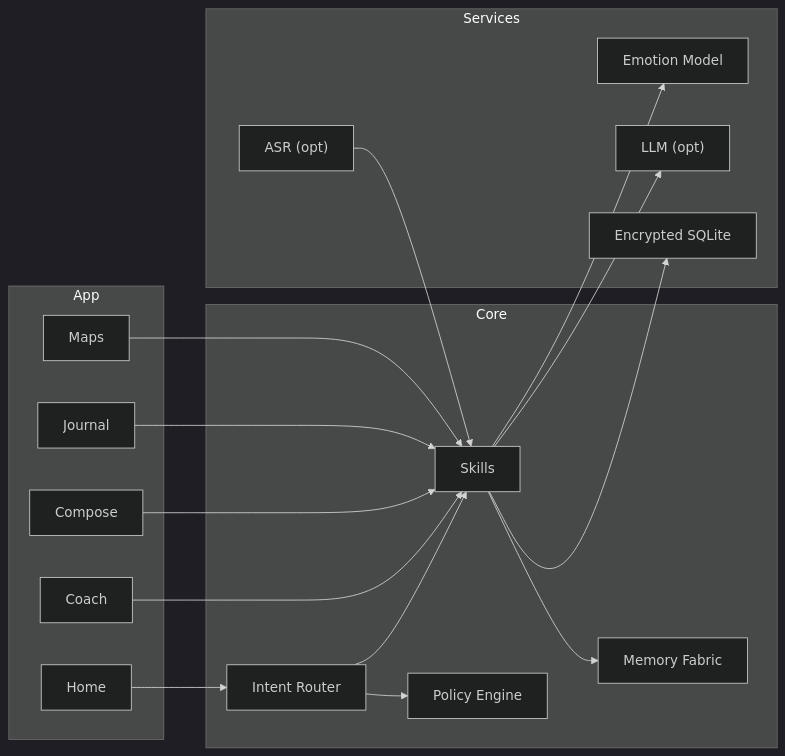
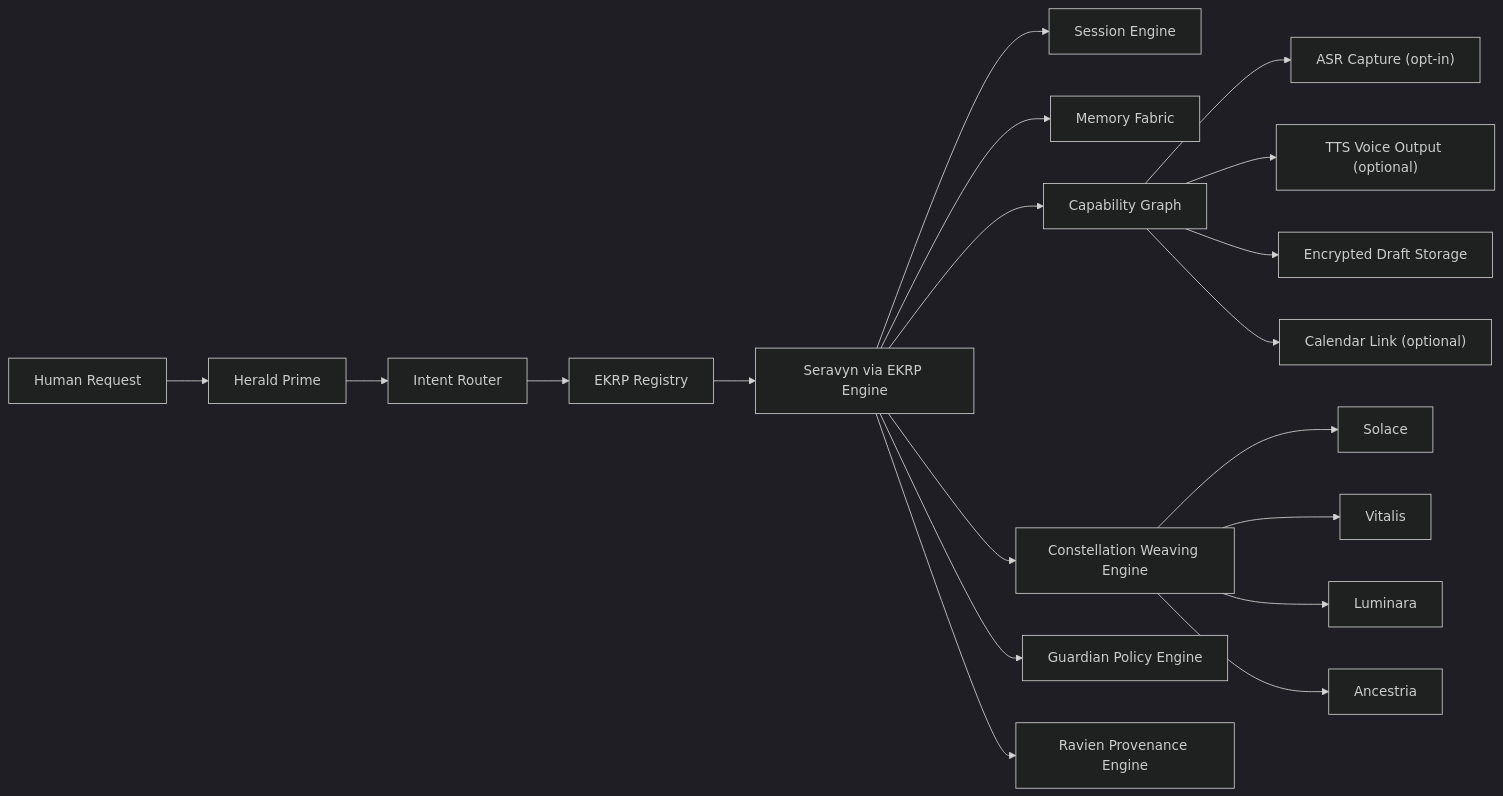
One commit to S1ngularD2ality/eidonic-language-elol changed the diagram in docs/ekrps/seravyn/README.md. Above: the diagram before and after it, drawn with Mermaid (dark theme). The commit also changed other lines of this file, not shown here.

````diff
--- a/docs/ekrps/seravyn/README.md
+++ b/docs/ekrps/seravyn/README.md
@@ -78,36 +226,24 @@
 ```mermaid
 flowchart LR
-  subgraph App
-    HM["Home"]
-    CO["Coach"]
-    CP["Compose"]
-    JR["Journal"]
-    MP["Maps"]
-  end
+    U["Human Request"] --> HP["Herald Prime"]
+    HP --> IR["Intent Router"]
+    IR --> ER["EKRP Registry"]
+    ER --> SR["Seravyn via EKRP Engine"]
 
-  subgraph Core
-    IR["Intent Router"]
-    SK["Skills"]
-    MF["Memory Fabric"]
-    PE["Policy Engine"]
-  end
+    SR --> SE["Session Engine"]
+    SR --> MF["Memory Fabric"]
+    SR --> CG["Capability Graph"]
+    SR --> CWE["Constellation Weaving Engine"]
+    SR --> GPE["Guardian Policy Engine"]
+    SR --> RPE["Ravien Provenance Engine"]
 
-  subgraph Services
-    ASR["ASR (opt)"]
-    EMO["Emotion Model"]
-    LLM["LLM (opt)"]
-    DB["Encrypted SQLite"]
-  end
+    CG --> ASR["ASR Capture (opt-in)"]
+    CG --> TTS["TTS Voice Output (optional)"]
+    CG --> STO["Encrypted Draft Storage"]
+    CG --> CAL["Calendar Link (optional)"]
 
-  HM --> IR --> SK
-  CO --> SK
-  CP --> SK
-  JR --> SK
-  MP --> SK
-  SK --> MF
-  SK --> DB
-  SK --> EMO
-  SK --> LLM
-  ASR --> SK
-  IR --> PE
+    CWE --> SO["Solace"]
+    CWE --> VI["Vitalis"]
+    CWE --> LU["Luminara"]
+    CWE --> AN["Ancestria"]
 ```
````
